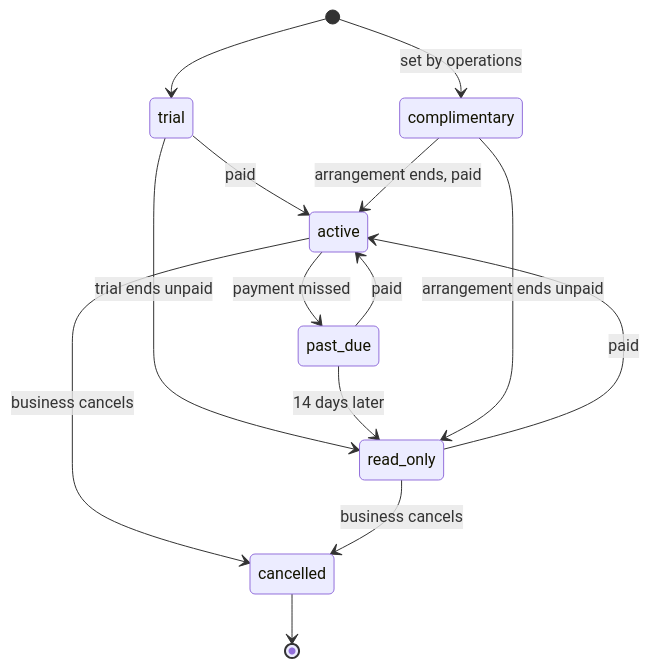
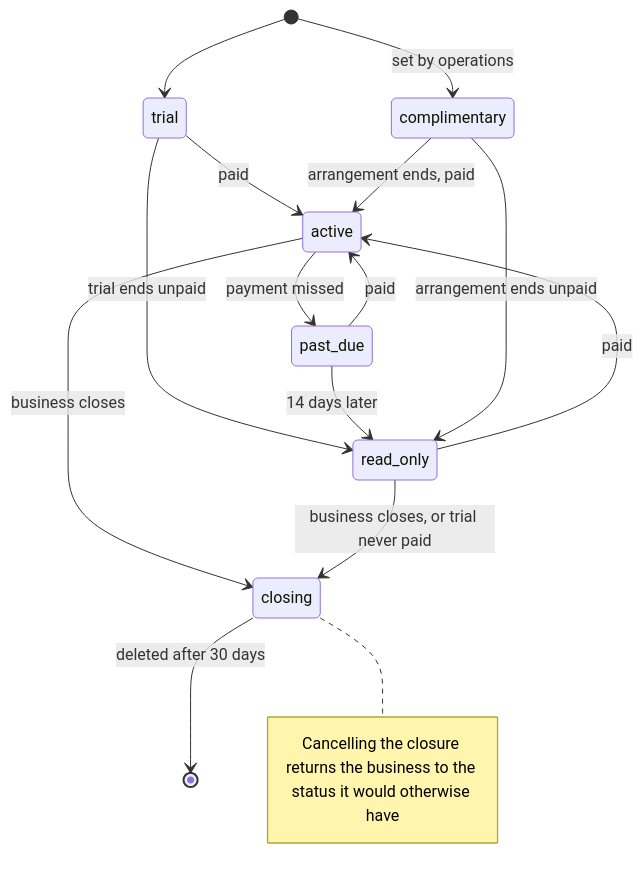
Before and after one commit to signboard-works/signboard: the diagram in docs/engineering/decisions/0047-sign-up-plans-and-billing.md, drawn with Mermaid. The commit also changed other lines of this file and 7 other files, not shown here.

````diff
--- a/docs/engineering/decisions/0047-sign-up-plans-and-billing.md
+++ b/docs/engineering/decisions/0047-sign-up-plans-and-billing.md
@@ -64,16 +63,17 @@
 ```mermaid
 stateDiagram-v2
     [*] --> trial
     [*] --> complimentary: set by operations
     trial --> active: paid
     trial --> read_only: trial ends unpaid
     active --> past_due: payment missed
     past_due --> active: paid
     past_due --> read_only: 14 days later
     read_only --> active: paid
-    active --> cancelled: business cancels
-    read_only --> cancelled: business cancels
     complimentary --> active: arrangement ends, paid
     complimentary --> read_only: arrangement ends unpaid
-    cancelled --> [*]
+    active --> closing: business closes
+    read_only --> closing: business closes, or trial never paid
+    closing --> [*]: deleted after 30 days
+    note right of closing: Cancelling the closure returns the business to the status it would otherwise have
 ```
````
